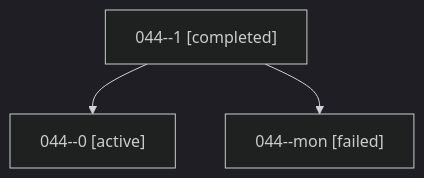
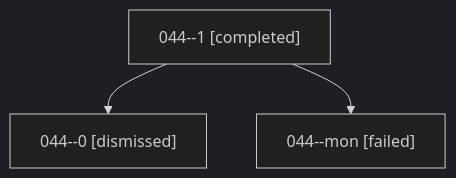
Before and after one commit to sase-org/sase--agents: the diagram in sessions/bbugyi200.athena.044.md, drawn with Mermaid (dark theme). The commit also changed other lines of this file and 34 other files, not shown here.

````diff
--- a/sessions/bbugyi200.athena.044.md
+++ b/sessions/bbugyi200.athena.044.md
@@ -9,8 +9,8 @@
 ```mermaid
 flowchart TD
   n0["044--1 [completed]"]
-  n1["044--0 [active]"]
+  n1["044--0 [dismissed]"]
   n0 --> n1
   n2["044--mon [failed]"]
   n0 --> n2
 ```
````
